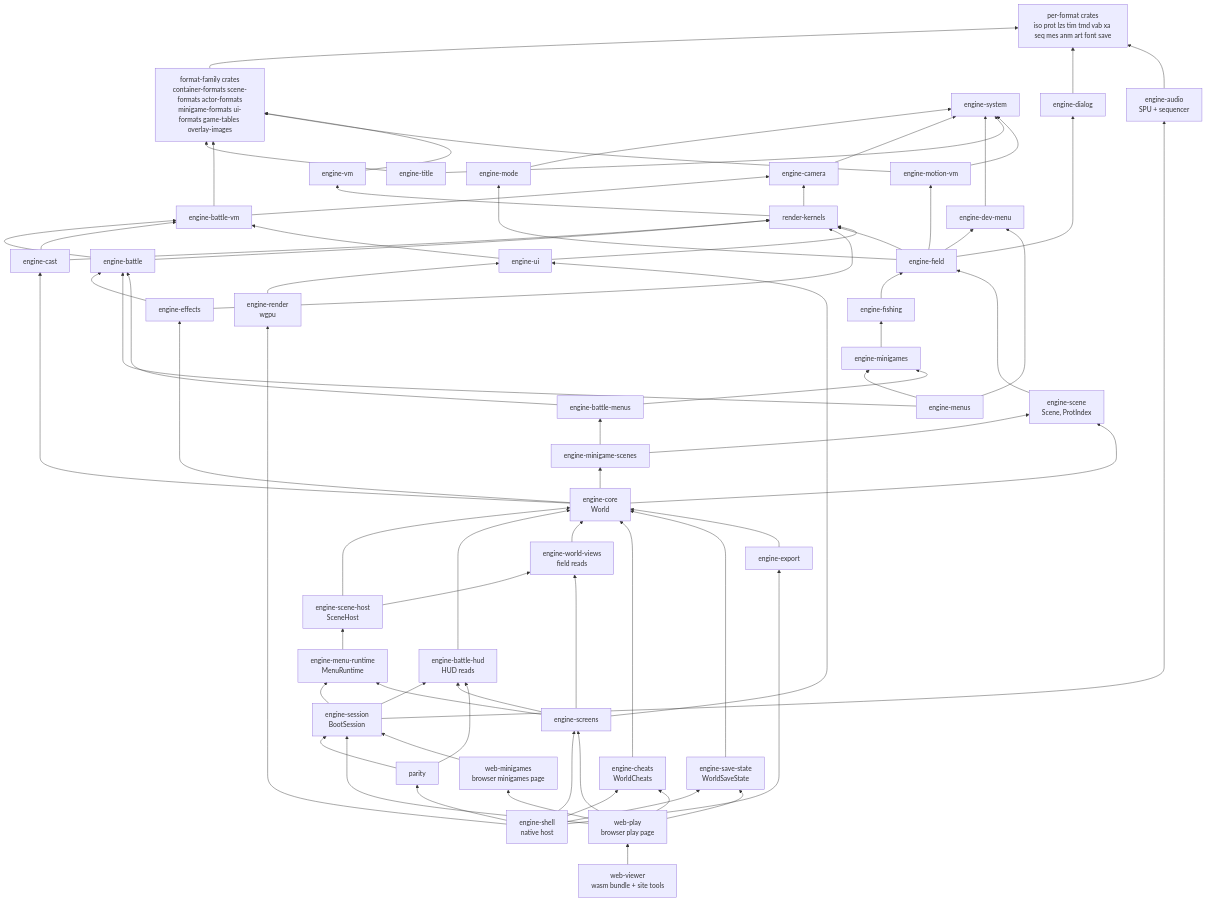
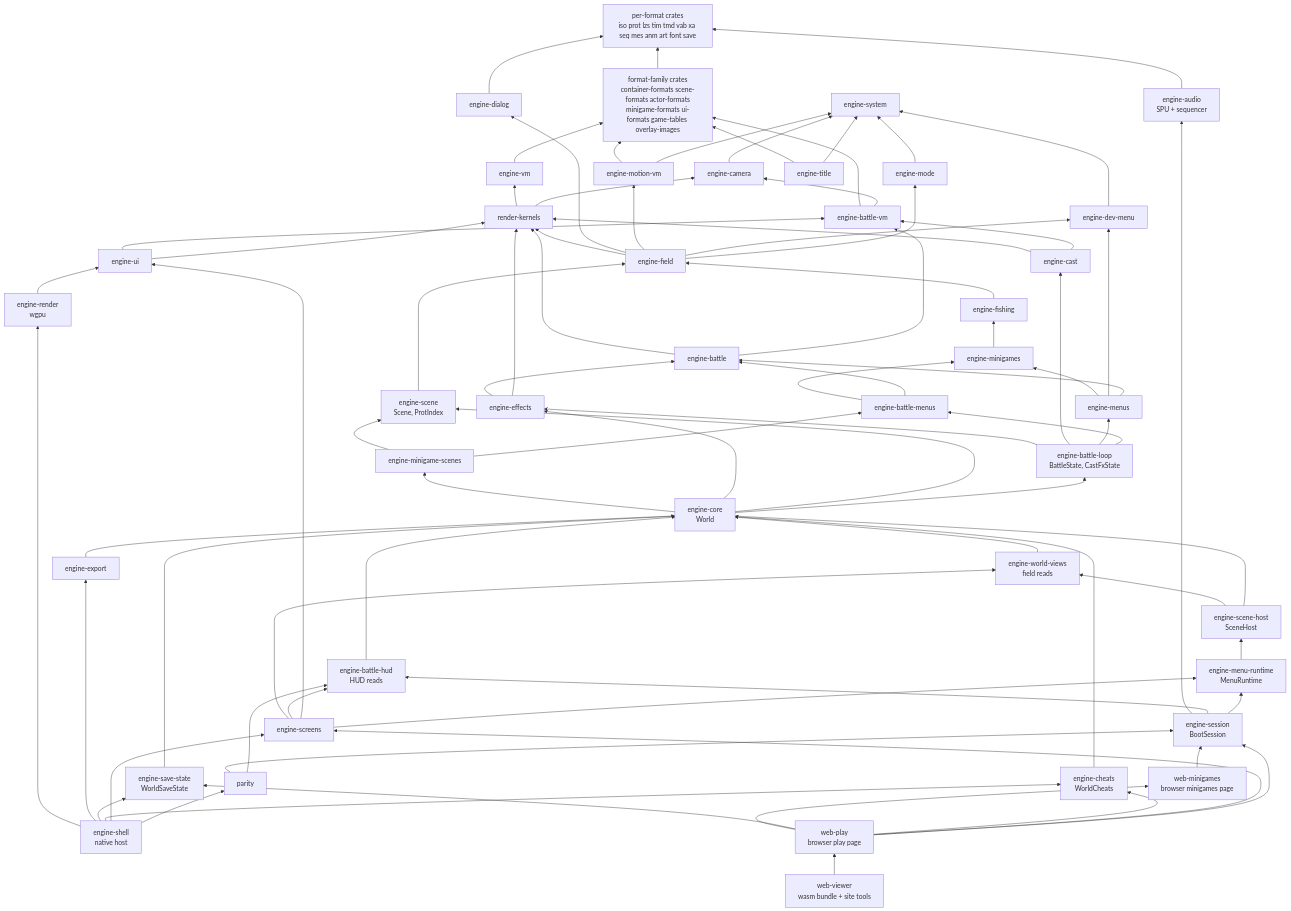
Before and after one commit to AndrewAltimit/legend-of-legaia-re: the first of 4 diagrams in docs/subsystems/engine.md, drawn with Mermaid. The commit also changed other lines of this file and 626 other files, not shown here.

```diff
--- a/docs/subsystems/engine.md
+++ b/docs/subsystems/engine.md
@@ -62,6 +62,7 @@
     EMENU["engine-menus"]
     ETTL["engine-title"]
     EBMENU["engine-battle-menus"]
+    EBL["engine-battle-loop<br/>BattleState, CastFxState"]
     EMGS["engine-minigame-scenes"]
     ESCN["engine-scene<br/>Scene, ProtIndex"]
     CORE["engine-core<br/>World"]
@@ -118,10 +119,14 @@
     EMGS --> EBMENU
     EMGS --> ESCN
     ESCN --> EFIELD
+    EBL --> EBMENU
+    EBL --> EMENU
+    EBL --> ECAST
+    EBL --> EFX
+    CORE --> EBL
     CORE --> ESCN
     CORE --> EFX
     CORE --> EMGS
-    CORE --> ECAST
     EUI --> RK
     EUI --> EBV
     EREN --> EUI
```
